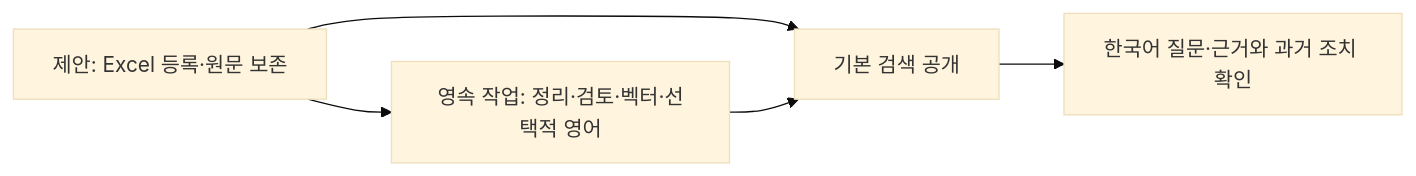
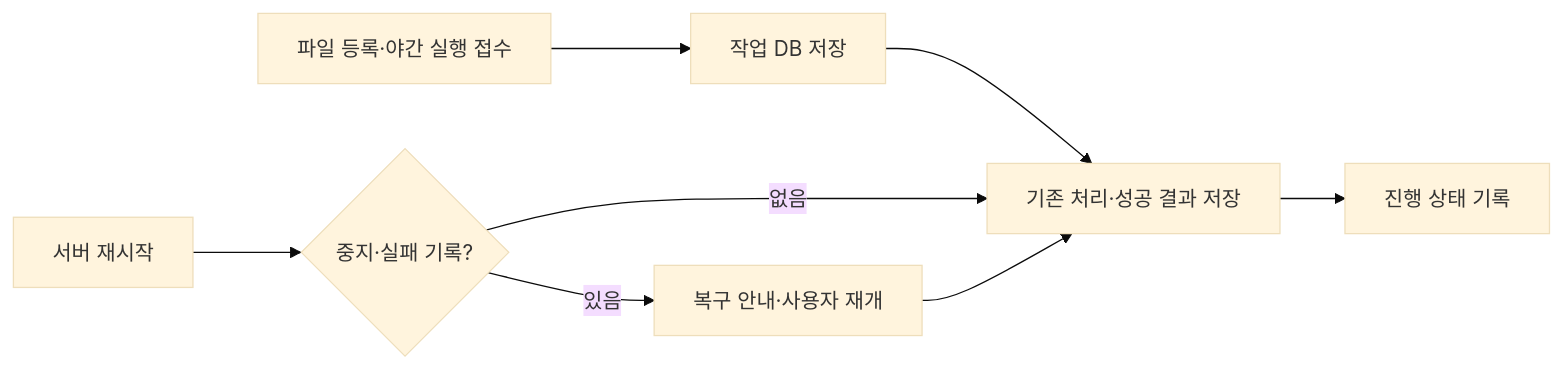
The first of 10 diagrams in README.md (pmh10401/cs-excel-rag), drawn with Mermaid (base theme) before and after one commit. The commit also changed other lines of this file and 15 other files, not shown here.

````diff
--- a/README.md
+++ b/README.md
@@ -9,7 +15,10 @@
 ```mermaid
 flowchart LR
-    A[제안: Excel 등록·원문 보존] --> B[기본 검색 공개]
-    A --> C[영속 작업: 정리·검토·벡터·선택적 영어]
-    C --> B
-    B --> D[한국어 질문·근거와 과거 조치 확인]
+    A[파일 등록·야간 실행 접수] --> J[작업 DB 저장]
+    J --> W[기존 처리·성공 결과 저장]
+    W --> C[진행 상태 기록]
+    R[서버 재시작] --> G{중지·실패 기록?}
+    G -->|없음| W
+    G -->|있음| U[복구 안내·사용자 재개]
+    U --> W
 ```
````
